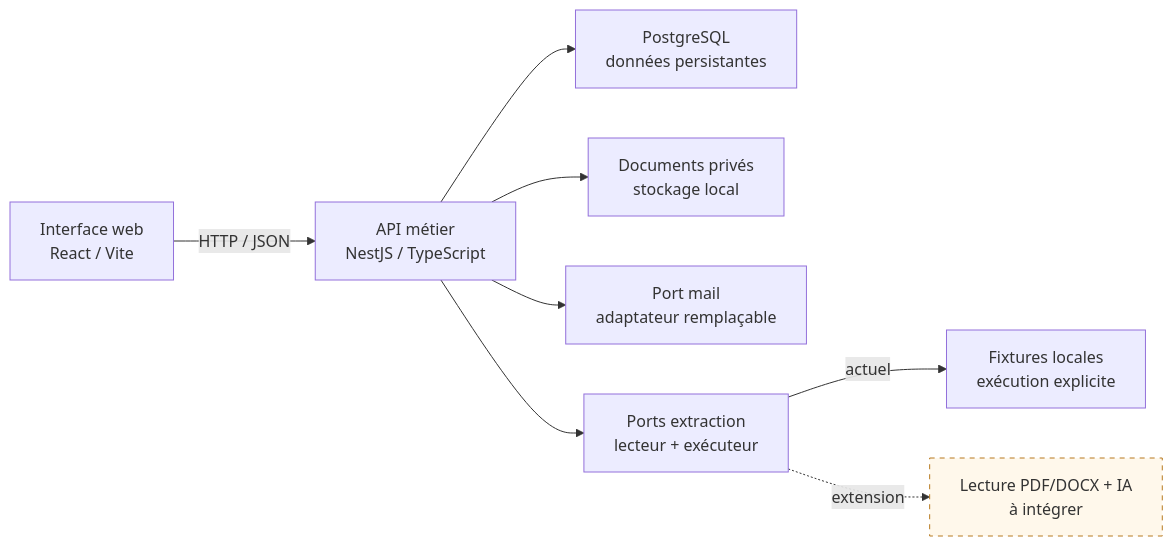
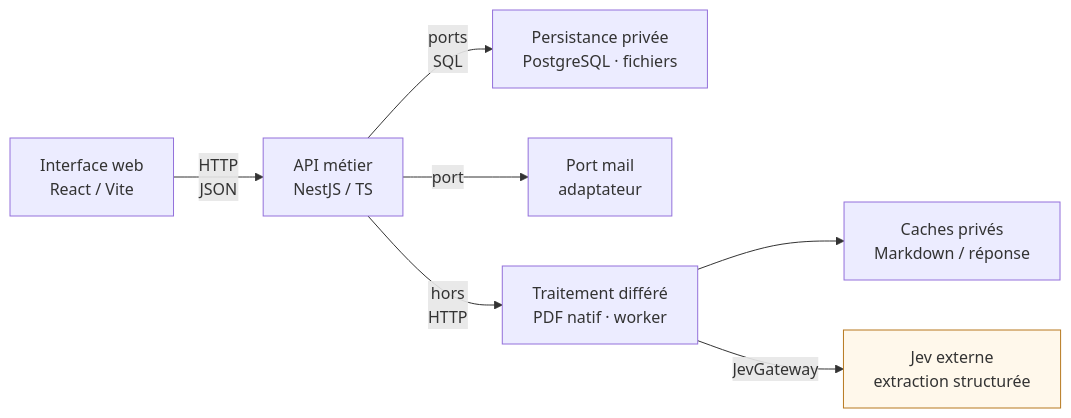
One commit to abdelkarim-ayed/cap-recruitment changed the diagram in presentation/diagrams/DIA-04-architecture.mmd. Above: the diagram before and after it, drawn with Mermaid. The commit also changed 69 other files, not shown here.

```diff
--- a/presentation/diagrams/DIA-04-architecture.mmd
+++ b/presentation/diagrams/DIA-04-architecture.mmd
@@ -1,19 +1,17 @@
-%% Generated from models.mjs. Dashed links denote future integration.
+%% Generated from models.mjs. Implemented components, not runtime/quality acceptance.
 flowchart LR
   Web["Interface web<br/>React / Vite"]
-  Api["API métier<br/>NestJS / TypeScript"]
-  Db["PostgreSQL<br/>données persistantes"]
-  Files["Documents privés<br/>stockage local"]
-  Mail["Port mail<br/>adaptateur remplaçable"]
-  Extraction["Ports extraction<br/>lecteur + exécuteur"]
-  Fixtures["Fixtures locales<br/>exécution explicite"]
-  Live["Lecture PDF/DOCX + IA<br/>à intégrer"]
-  Web -->|HTTP / JSON| Api
-  Api --> Db
-  Api --> Files
-  Api --> Mail
-  Api --> Extraction
-  Extraction -->|actuel| Fixtures
-  Extraction -.->|extension| Live
-  classDef future fill:#fff8eb,stroke:#b7791f,stroke-dasharray:5 5
-  class Live future
+  Api["API métier<br/>NestJS / TS"]
+  Data["Persistance privée<br/>PostgreSQL · fichiers"]
+  Mail["Port mail<br/>adaptateur"]
+  Extraction["Traitement différé<br/>PDF natif · worker"]
+  Cache["Caches privés<br/>Markdown / réponse"]
+  Live["Jev externe<br/>extraction structurée"]
+  Web -->|HTTP<br/>JSON| Api
+  Api -->|ports<br/>SQL| Data
+  Api -->|port| Mail
+  Api -->|hors<br/>HTTP| Extraction
+  Extraction --> Cache
+  Extraction -->|JevGateway| Live
+  classDef external fill:#fff8eb,stroke:#b7791f
+  class Live external
```
